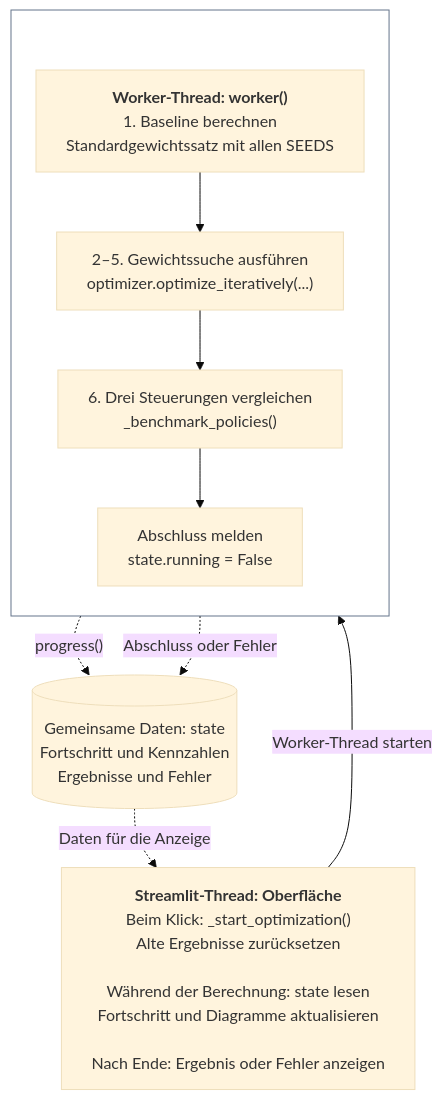
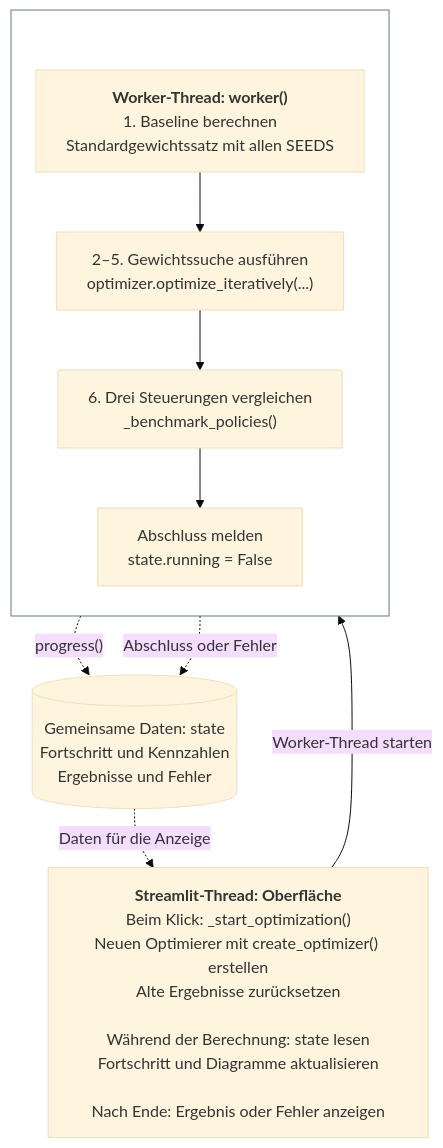
Diagram 15 of 17 in README.md (ghackenberg/SpineML), drawn with Mermaid (base theme) before and after one commit. The commit also changed other lines of this file and 3 other files, not shown here.

Commit message:
refactor: remove optimizer resource cache and build on start

````diff
--- a/README.md
+++ b/README.md
@@ -2209,30 +2211,30 @@
 ```mermaid
 ---
 config:
   flowchart:
     wrappingWidth: 320
     rankSpacing: 35
     nodeSpacing: 30
     subGraphTitleMargin:
       top: 10
       bottom: 20
 ---
 flowchart TB
-    U["<b>Streamlit-Thread: Oberfläche</b><br/>Beim Klick: _start_optimization()<br/>Alte Ergebnisse zurücksetzen<br/><br/>Während der Berechnung: state lesen<br/>Fortschritt und Diagramme aktualisieren<br/><br/>Nach Ende: Ergebnis oder Fehler anzeigen"]
+    U["<b>Streamlit-Thread: Oberfläche</b><br/>Beim Klick: _start_optimization()<br/>Neuen Optimierer mit create_optimizer() erstellen<br/>Alte Ergebnisse zurücksetzen<br/><br/>Während der Berechnung: state lesen<br/>Fortschritt und Diagramme aktualisieren<br/><br/>Nach Ende: Ergebnis oder Fehler anzeigen"]
 
     subgraph Berechnung[" "]
         direction TB
         B["<b>Worker-Thread: worker()</b><br/>1. Baseline berechnen<br/>Standardgewichtssatz mit allen SEEDS"]
         B --> O["2–5. Gewichtssuche ausführen<br/>optimizer.optimize_iteratively(...)"]
         O --> V["6. Drei Steuerungen vergleichen<br/>_benchmark_policies()"]
         V --> E["Abschluss melden<br/>state.running = False"]
     end
 
     Z[("Gemeinsame Daten: state<br/>Fortschritt und Kennzahlen<br/>Ergebnisse und Fehler")]
     U -- "Worker-Thread starten" --> B
     O -. "progress()" .-> Z
     E -. "Abschluss oder Fehler" .-> Z
     Z -. "Daten für die Anzeige" .-> U
 
     style Berechnung fill:transparent,stroke:#64748b,stroke-width:1px
 ```
````
